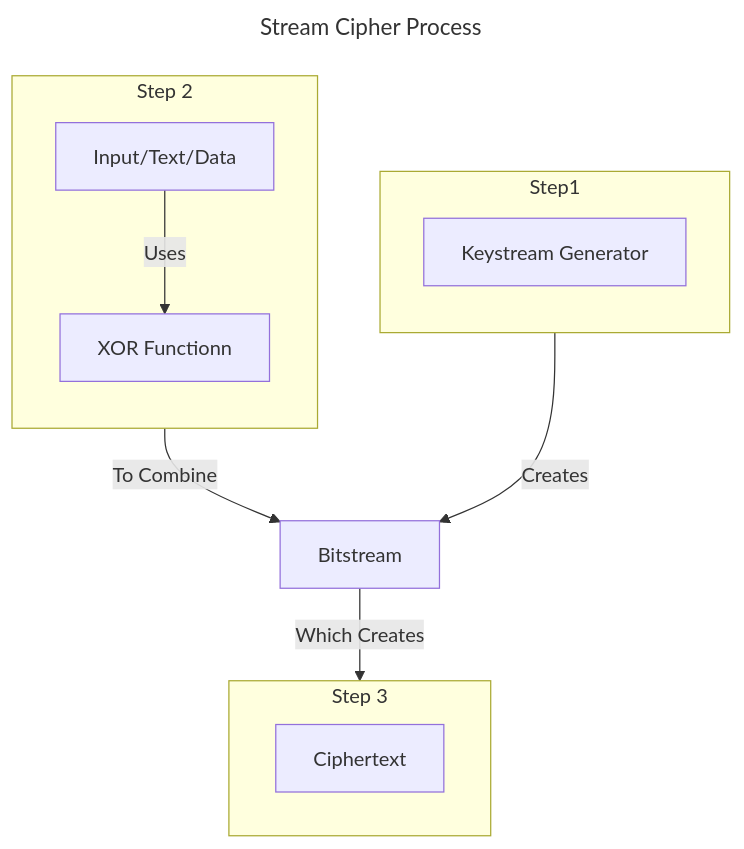
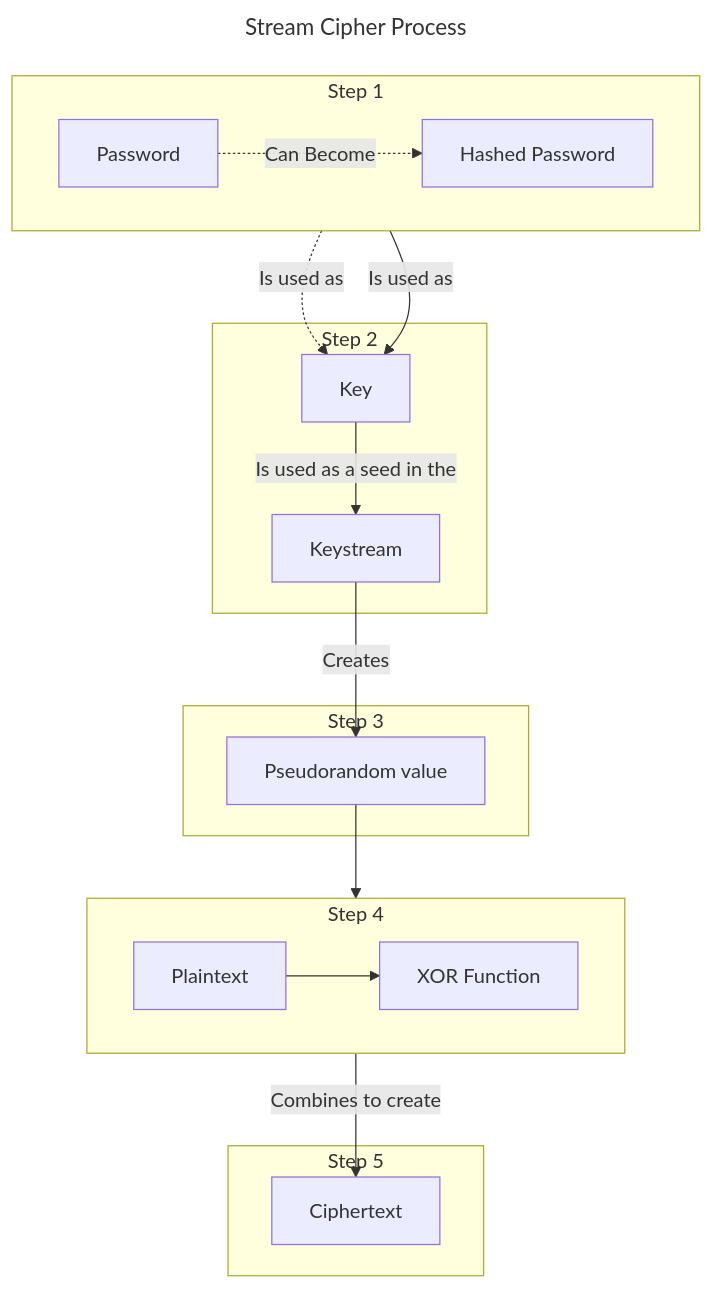
Before and after one commit to sawft99/Obsidian-SecPlus: the first of 2 diagrams in Sec+/Chapter 24 - Cryptography/Symmetric vs Asymmetric.md, drawn with Mermaid.

Commit message:
Vault backup: 2023-05-09 @ 05:13 PM
Affected files:
Sec+/Chapter 24 - Cryptography/Symmetric vs Asymmetric.md

````diff
--- a/Sec+/Chapter 24 - Cryptography/Symmetric vs Asymmetric.md
+++ b/Sec+/Chapter 24 - Cryptography/Symmetric vs Asymmetric.md
@@ -74,27 +74,36 @@
 ```mermaid
 ---
 title: Stream Cipher Process
 ---
-flowchart TB
+flowchart TD
 
-subgraph S1[Step1]
-	direction TB
-	KSR[Keystream Generator]
+subgraph S1[Step 1]
+	direction LR
+	Pass[Password]
+	Hash[Hashed Password]
+	Pass-. Can Become .-> Hash
 end
 subgraph S2[Step 2]
-	direction TB
-	IP[Input/Text/Data]
-	XOR[XOR Functionn]
+	Key
+	KS[Keystream]
+	Key -- Is used as a seed in the  --> KS
+	Hash -. Is used as .-> Key
+	Pass -- Is used as  --> Key
 end
 subgraph S3[Step 3]
+	PSR[Pseudorandom value]
+	KS -- Creates --> PSR
+end
+subgraph S4[Step 4]
 	direction LR
+	XOR[XOR Function]
+	PT[Plaintext]
+	PT --> XOR
+	PSR --> XOR
+end
+subgraph S5[Step 5]
 	CT[Ciphertext]
+	XOR -- Combines to create --> CT
 end
 
-BTS[Bitstream]
-KSR -- Creates --> BTS
-BTS -- Which Creates --> S3
-S2 -- To Combine --> BTS
-IP -- Uses --> XOR
-
 ```
````
